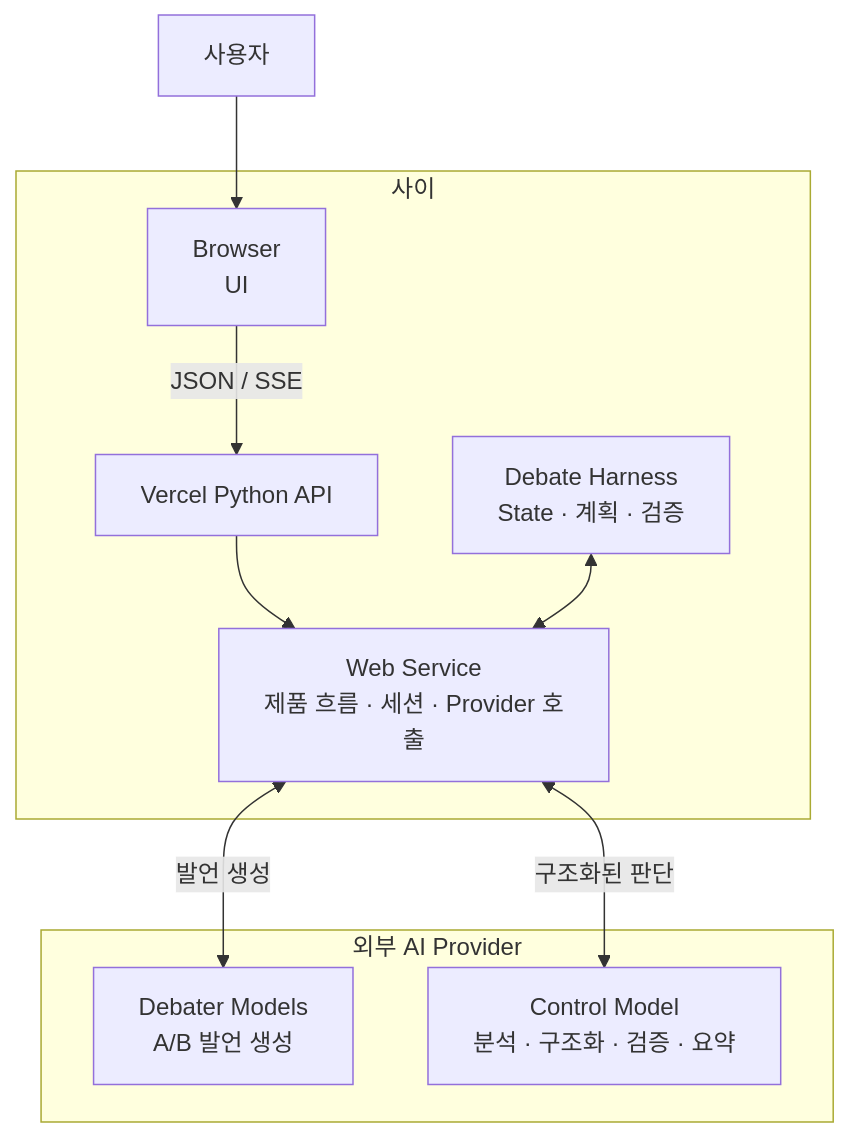
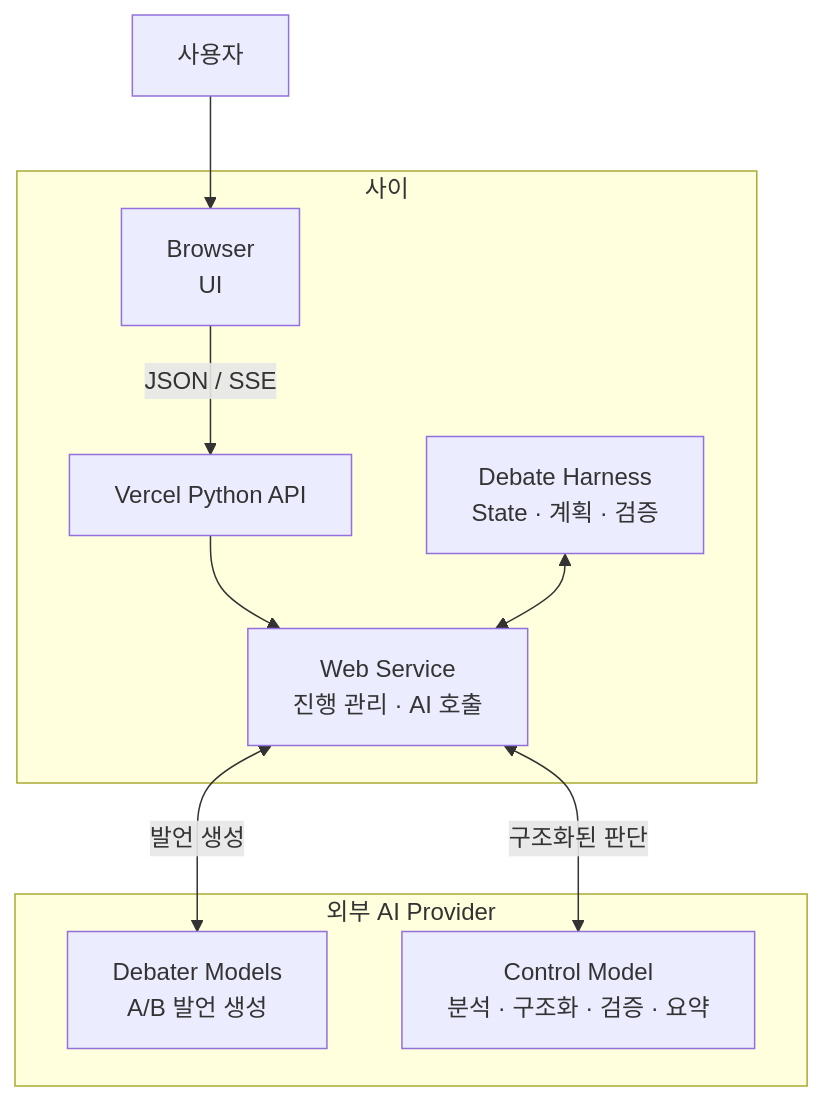
One commit to hodob/A1-3 changed the third of 5 diagrams in README.md. Above: the diagram before and after it, drawn with Mermaid. The commit also changed other lines of this file, not shown here.

```diff
--- a/README.md
+++ b/README.md
@@ -113,23 +113,23 @@
 ~~~mermaid
 flowchart TD
     U[사용자] --> B
 
     subgraph SAI[사이]
         B[Browser<br/>UI]
         API[Vercel Python API]
         H[Debate Harness<br/>State · 계획 · 검증]
-        W[Web Service<br/>제품 흐름 · 세션 · Provider 호출]
+        W[Web Service<br/>진행 관리 · AI 호출]
 
         B -->|JSON / SSE| API
         API --> W
         H <--> W
     end
 
     subgraph EXT[외부 AI Provider]
         D[Debater Models<br/>A/B 발언 생성]
         C[Control Model<br/>분석 · 구조화 · 검증 · 요약]
     end
 
     W <-->|발언 생성| D
     W <-->|구조화된 판단| C
 ~~~
```
